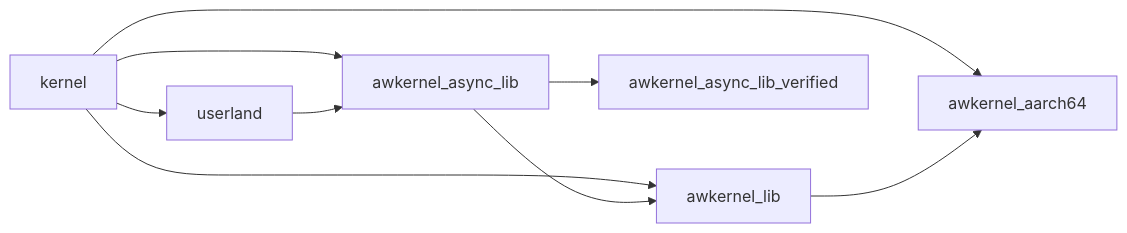
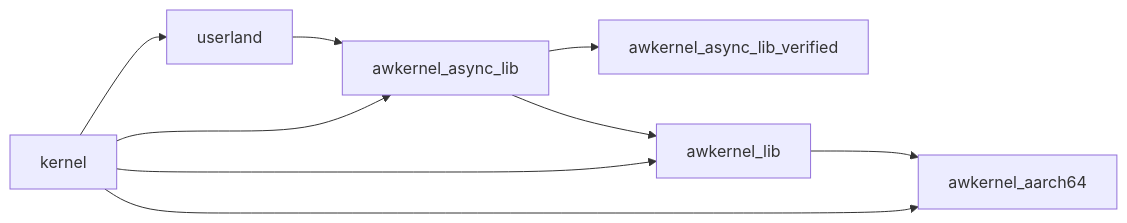
The diagram in README.md (tier4/awkernel), drawn with Mermaid before and after one commit. The commit also changed other lines of this file and 2 other files, not shown here.

````diff
--- a/README.md
+++ b/README.md
@@ -54,11 +54,11 @@
 ```mermaid
 graph LR;
+    awkernel_async_lib-->awkernel_async_lib_verified;
+    awkernel_lib-->awkernel_aarch64;
+    awkernel_async_lib-->awkernel_lib;
+    userland-->awkernel_async_lib;
     kernel-->awkernel_lib;
     kernel-->awkernel_async_lib;
     kernel-->awkernel_aarch64;
     kernel-->userland;
-    awkernel_lib-->awkernel_aarch64;
-    awkernel_async_lib-->awkernel_lib;
-    awkernel_async_lib-->awkernel_async_lib_verified;
-    userland-->awkernel_async_lib;
 ```
````
